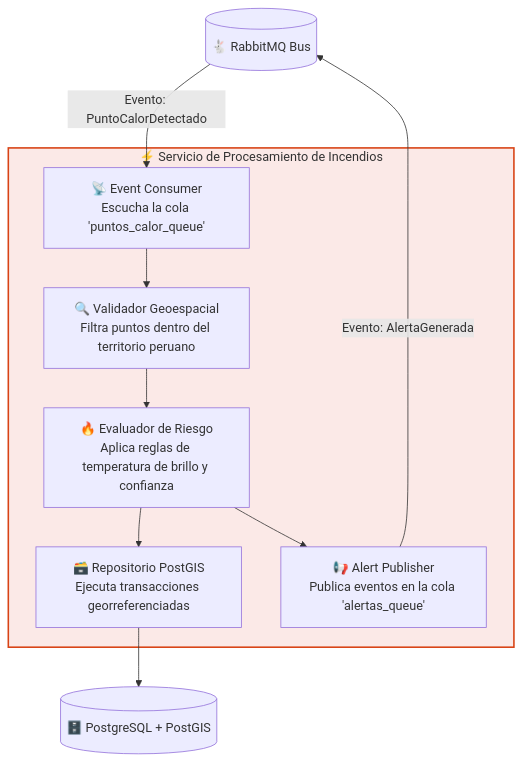
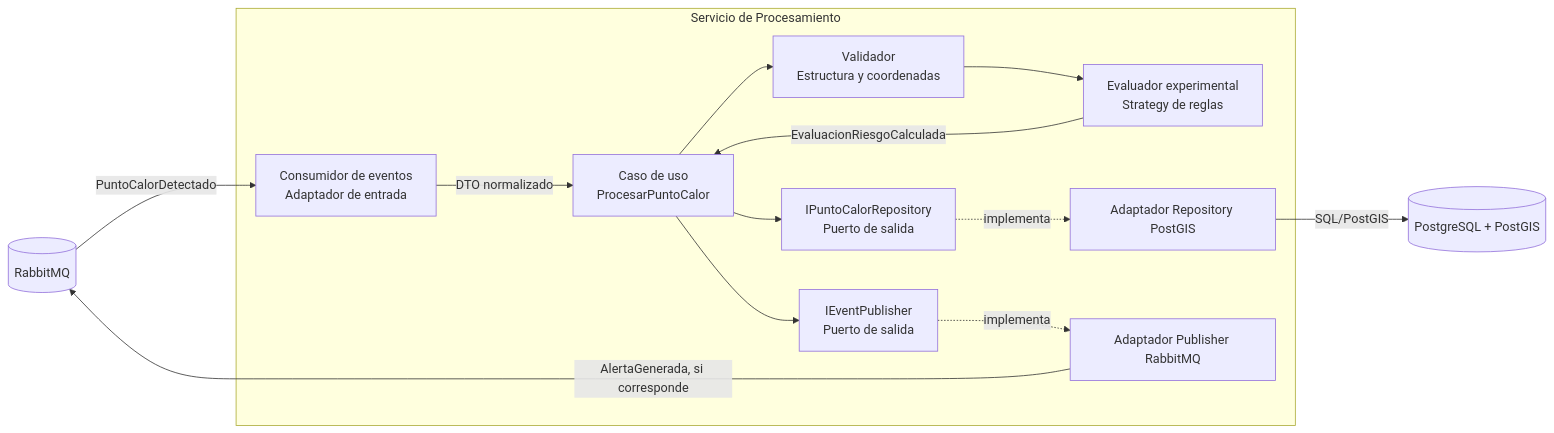
The diagram in 04-modelo-c4/Nivel3-Diagrama-de-Componentes.md (Maks04092002/Incendios-EDA-arquitSoft-MAKS), drawn with Mermaid before and after one commit. The commit also changed other lines of this file and 29 other files, not shown here.

Commit message:
docs: corregir arquitectura, modulos y diagramas C4

````diff
--- a/04-modelo-c4/Nivel3-Diagrama-de-Componentes.md
+++ b/04-modelo-c4/Nivel3-Diagrama-de-Componentes.md
@@ -1,23 +7,27 @@
 ```mermaid
-graph TB
-    BUS[("🐇 RabbitMQ Bus")]
-    DB[("🗄️ PostgreSQL + PostGIS")]
+flowchart LR
+    MQ[("RabbitMQ")]
+    subgraph Servicio["Servicio de Procesamiento"]
+        Consumer["Consumidor de eventos<br/>Adaptador de entrada"]
+        UseCase["Caso de uso<br/>ProcesarPuntoCalor"]
+        Validator["Validador<br/>Estructura y coordenadas"]
+        Evaluator["Evaluador experimental<br/>Strategy de reglas"]
+        RepoPort["IPuntoCalorRepository<br/>Puerto de salida"]
+        PublisherPort["IEventPublisher<br/>Puerto de salida"]
+        Repo["Adaptador Repository PostGIS"]
+        Publisher["Adaptador Publisher RabbitMQ"]
+    end
+    DB[("PostgreSQL + PostGIS")]
 
-    subgraph ServicioProcesamiento ["⚡ Servicio de Procesamiento de Incendios"]
-        CONSUMER["📡 Event Consumer<br/>Escucha la cola 'puntos_calor_queue'"]
-        VALIDATOR["🔍 Validador Geoespacial<br/>Filtra puntos dentro del territorio peruano"]
-        EVALUATOR["🔥 Evaluador de Riesgo<br/>Aplica reglas de temperatura de brillo y confianza"]
-        REPO["🗃️ Repositorio PostGIS<br/>Ejecuta transacciones georreferenciadas"]
-        PRODUCER["📢 Alert Publisher<br/>Publica eventos en la cola 'alertas_queue'"]
-    end
-
-    BUS -->|Evento: PuntoCalorDetectado| CONSUMER
-    CONSUMER --> VALIDATOR
-    VALIDATOR --> EVALUATOR
-    EVALUATOR --> REPO
-    EVALUATOR --> PRODUCER
-    REPO --> DB
-    PRODUCER -->|Evento: AlertaGenerada| BUS
-
-    style ServicioProcesamiento fill:#fbe9e7,stroke:#d84315,stroke-width:2px
+    MQ -->|PuntoCalorDetectado| Consumer
+    Consumer -->|DTO normalizado| UseCase
+    UseCase --> Validator
+    Validator --> Evaluator
+    Evaluator -->|EvaluacionRiesgoCalculada| UseCase
+    UseCase --> RepoPort
+    RepoPort -.implementa.-> Repo
+    Repo -->|SQL/PostGIS| DB
+    UseCase --> PublisherPort
+    PublisherPort -.implementa.-> Publisher
+    Publisher -->|AlertaGenerada, si corresponde| MQ
 ```
````
